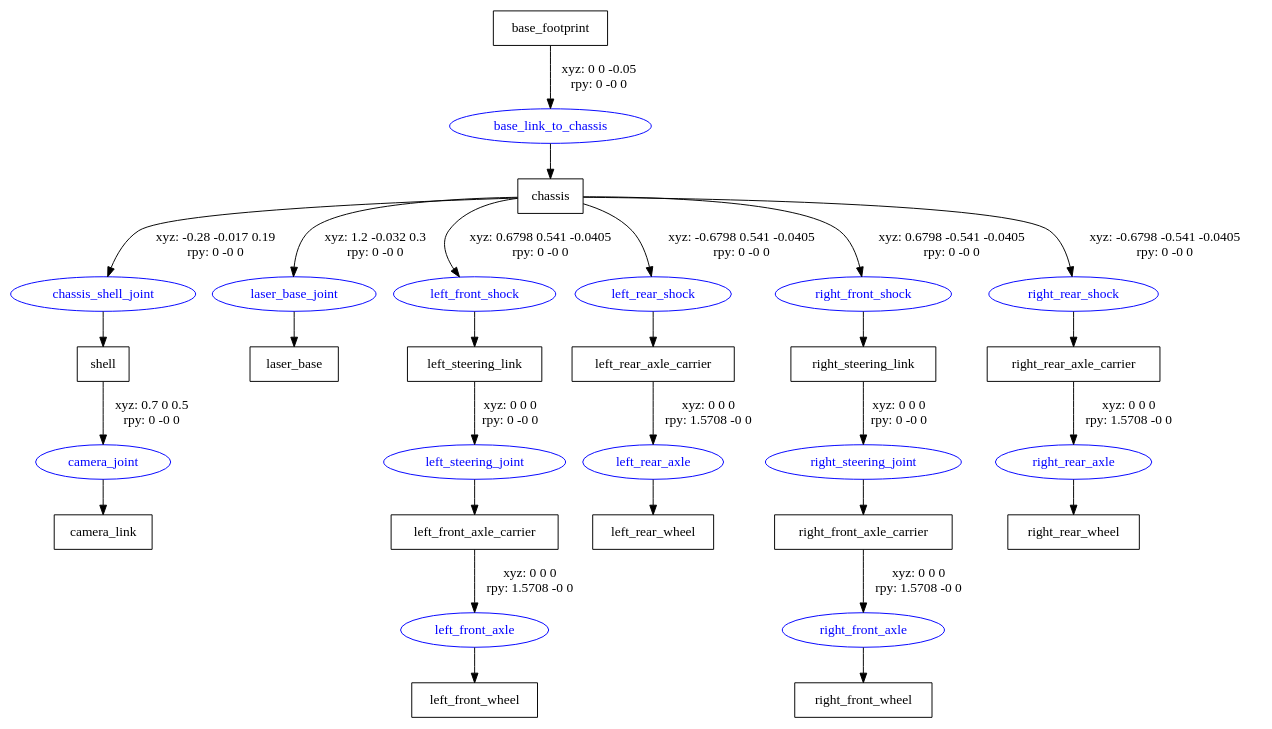
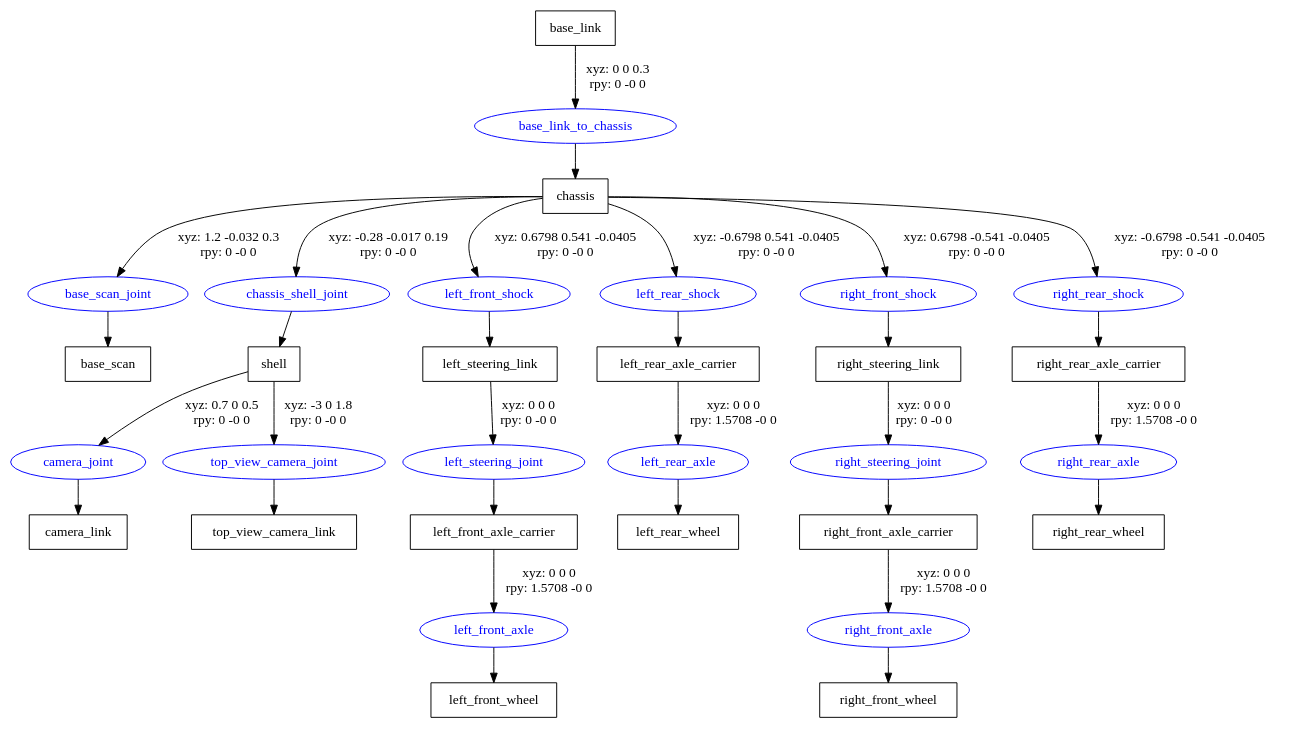
One commit to hmmohammadi/astrid changed the diagram in astrid_description/urdf/astrid.gv. Above: the diagram before and after it, drawn with Graphviz. The commit also changed 41 other files, not shown here.

```diff
--- a/astrid_description/urdf/astrid.gv
+++ b/astrid_description/urdf/astrid.gv
@@ -1,47 +1,50 @@
 digraph G {
 node [shape=box];
-"base_footprint" [label="base_footprint"];
+"base_link" [label="base_link"];
 "chassis" [label="chassis"];
+"base_scan" [label="base_scan"];
 "shell" [label="shell"];
 "camera_link" [label="camera_link"];
-"laser_base" [label="laser_base"];
+"top_view_camera_link" [label="top_view_camera_link"];
 "left_steering_link" [label="left_steering_link"];
 "left_front_axle_carrier" [label="left_front_axle_carrier"];
 "left_front_wheel" [label="left_front_wheel"];
 "left_rear_axle_carrier" [label="left_rear_axle_carrier"];
 "left_rear_wheel" [label="left_rear_wheel"];
 "right_steering_link" [label="right_steering_link"];
 "right_front_axle_carrier" [label="right_front_axle_carrier"];
 "right_front_wheel" [label="right_front_wheel"];
 "right_rear_axle_carrier" [label="right_rear_axle_carrier"];
 "right_rear_wheel" [label="right_rear_wheel"];
 node [shape=ellipse, color=blue, fontcolor=blue];
-"base_footprint" -> "base_link_to_chassis" [label="xyz: 0 0 -0.05 \nrpy: 0 -0 0"]
+"base_link" -> "base_link_to_chassis" [label="xyz: 0 0 0.3 \nrpy: 0 -0 0"]
 "base_link_to_chassis" -> "chassis"
+"chassis" -> "base_scan_joint" [label="xyz: 1.2 -0.032 0.3 \nrpy: 0 -0 0"]
+"base_scan_joint" -> "base_scan"
 "chassis" -> "chassis_shell_joint" [label="xyz: -0.28 -0.017 0.19 \nrpy: 0 -0 0"]
 "chassis_shell_joint" -> "shell"
 "shell" -> "camera_joint" [label="xyz: 0.7 0 0.5 \nrpy: 0 -0 0"]
 "camera_joint" -> "camera_link"
-"chassis" -> "laser_base_joint" [label="xyz: 1.2 -0.032 0.3 \nrpy: 0 -0 0"]
-"laser_base_joint" -> "laser_base"
+"shell" -> "top_view_camera_joint" [label="xyz: -3 0 1.8 \nrpy: 0 -0 0"]
+"top_view_camera_joint" -> "top_view_camera_link"
 "chassis" -> "left_front_shock" [label="xyz: 0.6798 0.541 -0.0405 \nrpy: 0 -0 0"]
 "left_front_shock" -> "left_steering_link"
 "left_steering_link" -> "left_steering_joint" [label="xyz: 0 0 0 \nrpy: 0 -0 0"]
 "left_steering_joint" -> "left_front_axle_carrier"
 "left_front_axle_carrier" -> "left_front_axle" [label="xyz: 0 0 0 \nrpy: 1.5708 -0 0"]
 "left_front_axle" -> "left_front_wheel"
 "chassis" -> "left_rear_shock" [label="xyz: -0.6798 0.541 -0.0405 \nrpy: 0 -0 0"]
 "left_rear_shock" -> "left_rear_axle_carrier"
 "left_rear_axle_carrier" -> "left_rear_axle" [label="xyz: 0 0 0 \nrpy: 1.5708 -0 0"]
 "left_rear_axle" -> "left_rear_wheel"
 "chassis" -> "right_front_shock" [label="xyz: 0.6798 -0.541 -0.0405 \nrpy: 0 -0 0"]
 "right_front_shock" -> "right_steering_link"
 "right_steering_link" -> "right_steering_joint" [label="xyz: 0 0 0 \nrpy: 0 -0 0"]
 "right_steering_joint" -> "right_front_axle_carrier"
 "right_front_axle_carrier" -> "right_front_axle" [label="xyz: 0 0 0 \nrpy: 1.5708 -0 0"]
 "right_front_axle" -> "right_front_wheel"
 "chassis" -> "right_rear_shock" [label="xyz: -0.6798 -0.541 -0.0405 \nrpy: 0 -0 0"]
 "right_rear_shock" -> "right_rear_axle_carrier"
 "right_rear_axle_carrier" -> "right_rear_axle" [label="xyz: 0 0 0 \nrpy: 1.5708 -0 0"]
 "right_rear_axle" -> "right_rear_wheel"
 }
```
